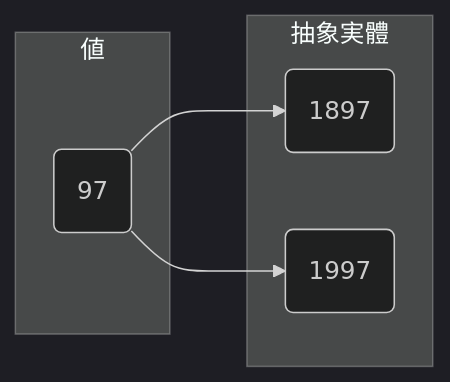
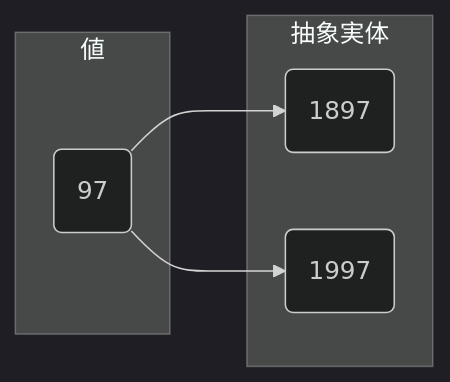
One commit to sueka/sueka.me changed the second of 2 diagrams in src/pages/note/Why Equivalence Relations Are Endorelations.md. Above: the diagram before and after it, drawn with Mermaid (dark theme). The commit also changed other lines of this file and 13 other files, not shown here.

```diff
--- a/src/pages/note/Why Equivalence Relations Are Endorelations.md
+++ b/src/pages/note/Why Equivalence Relations Are Endorelations.md
@@ -68,12 +68,12 @@
   <pre class="mermaid">
     graph LR
       subgraph Value[値]
         V97(97)
       end
-      subgraph AbstractEntity[抽象実體]
+      subgraph AbstractEntity[抽象実体]
         Ae1897(1897)
         Ae1997(1997)
       end
       V97 --> Ae1897
       V97 --> Ae1997
   </pre>
```
